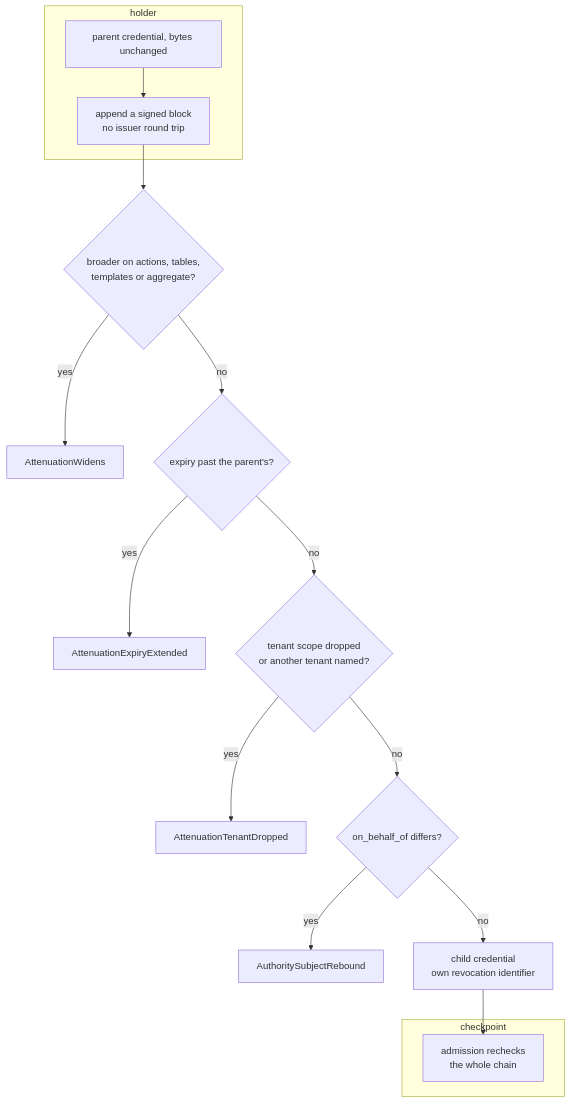
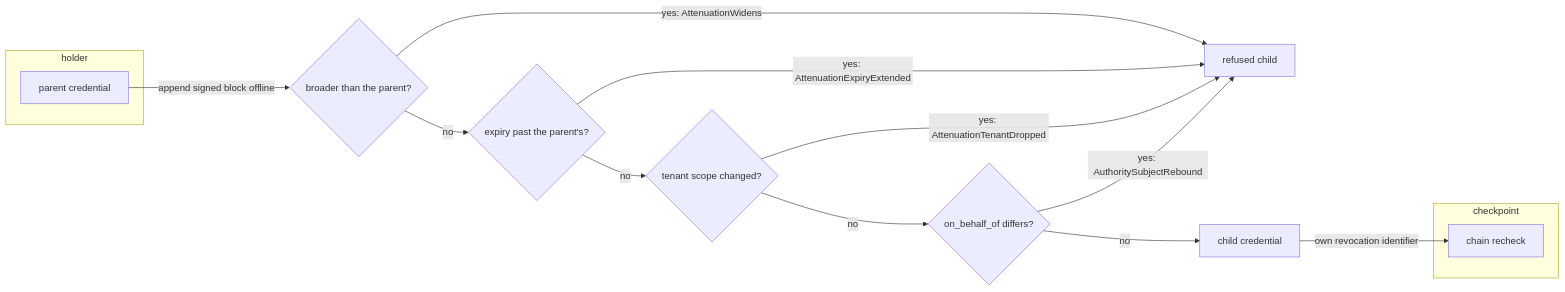
The second of 5 diagrams in spec/50-authority.md (fractalboxdev/contextful), drawn with Mermaid before and after one commit. The commit also changed other lines of this file and 44 other files, not shown here.

First line of the commit message:
spec: diagrams draw entities and flows, and the checker enforces it (#12)

````diff
--- a/spec/50-authority.md
+++ b/spec/50-authority.md
@@ -211,19 +197,19 @@
 ```mermaid
-flowchart TD
+flowchart LR
   subgraph HOLD["holder"]
-    P["parent credential, bytes unchanged"] --> D["append a signed block<br/>no issuer round trip"]
+    P["parent credential"]
   end
-  D --> W{"broader on actions, tables,<br/>templates or aggregate?"}
-  W -- yes --> R1["AttenuationWidens"]
-  W -- no --> X{"expiry past the parent's?"}
-  X -- yes --> R2["AttenuationExpiryExtended"]
-  X -- no --> T{"tenant scope dropped<br/>or another tenant named?"}
-  T -- yes --> R3["AttenuationTenantDropped"]
-  T -- no --> O{"on_behalf_of differs?"}
-  O -- yes --> R4["AuthoritySubjectRebound"]
-  O -- no --> C["child credential<br/>own revocation identifier"]
+  P -- "append signed block offline" --> W{"broader than the parent?"}
+  W -- "yes: AttenuationWidens" --> R["refused child"]
+  W -- "no" --> X{"expiry past the parent's?"}
+  X -- "yes: AttenuationExpiryExtended" --> R
+  X -- "no" --> T{"tenant scope changed?"}
+  T -- "yes: AttenuationTenantDropped" --> R
+  T -- "no" --> O{"on_behalf_of differs?"}
+  O -- "yes: AuthoritySubjectRebound" --> R
+  O -- "no" --> C["child credential"]
   subgraph CPZ["checkpoint"]
-    CP["admission rechecks<br/>the whole chain"]
+    CP["chain recheck"]
   end
-  C --> CP
+  C -- "own revocation identifier" --> CP
 ```
````
